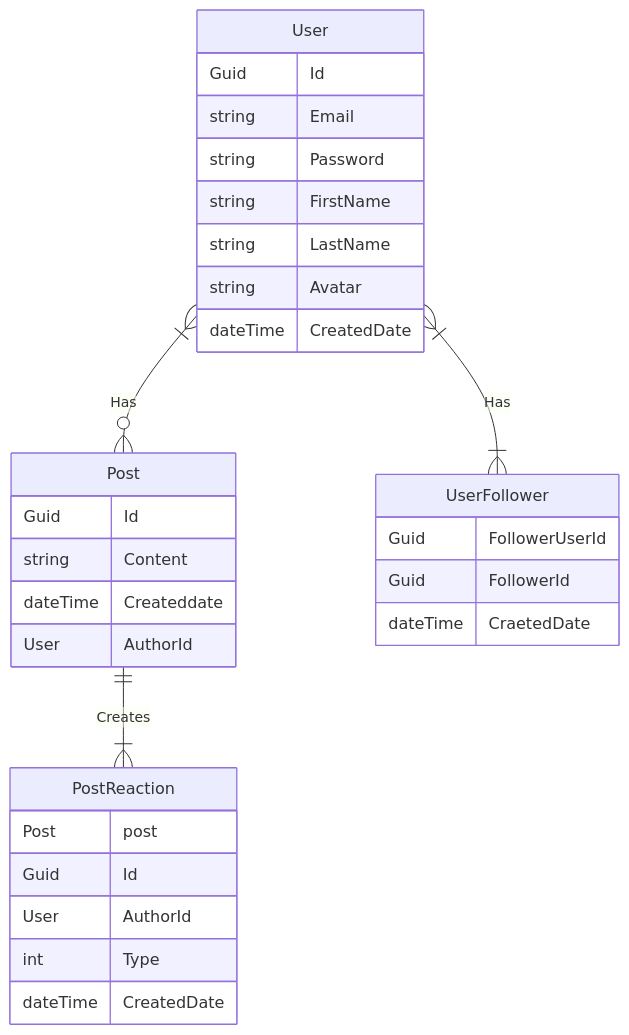
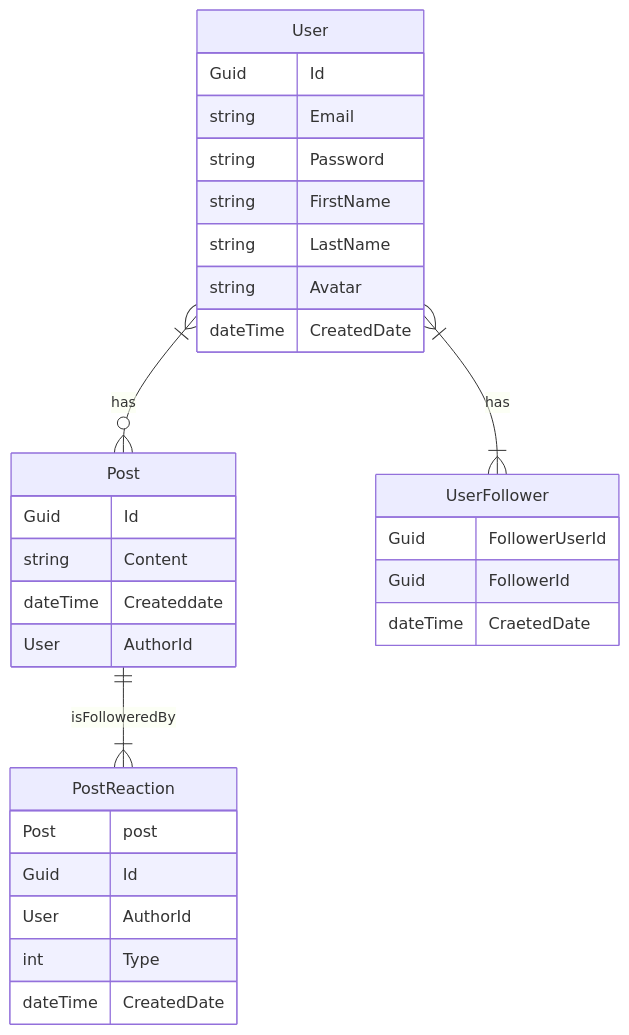
Before and after one commit to sobuse/InstagramClone: the diagram in src/InstagramClone.Api/Entities/InstagramClone.md, drawn with Mermaid.

Commit message:
changed the verbs for better clarity

````diff
--- a/src/InstagramClone.Api/Entities/InstagramClone.md
+++ b/src/InstagramClone.Api/Entities/InstagramClone.md
@@ -3,38 +3,38 @@
 ```mermaid
 erDiagram
 
-    User |{--o{Post:Has
-    Post ||--|{PostReaction: Creates 
-    User}|--|{UserFollower: Has 
+    User |{--o{Post:has
+    Post ||--|{PostReaction: isFolloweredBy 
+    User}|--|{UserFollower: has 
     User{
        Guid Id
        string Email
        string Password
        string FirstName
        string LastName
        string Avatar
        dateTime CreatedDate
     }
 
     UserFollower{
         Guid FollowerUserId
         Guid FollowerId
         dateTime CraetedDate
     }
 
     Post{
         Guid Id
         string Content
         dateTime Createddate
         User AuthorId
     }
 
     PostReaction{
         Post post
         Guid Id
         User AuthorId
         int Type
         dateTime CreatedDate
     }
 
 ```
````
